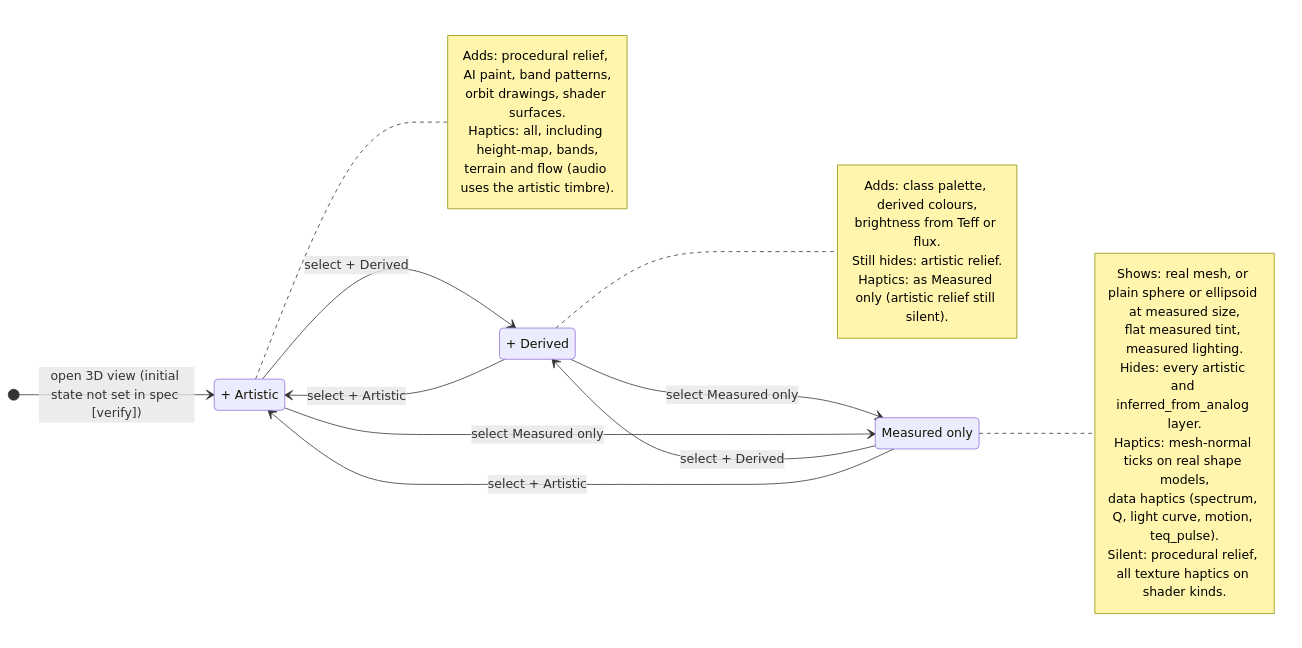
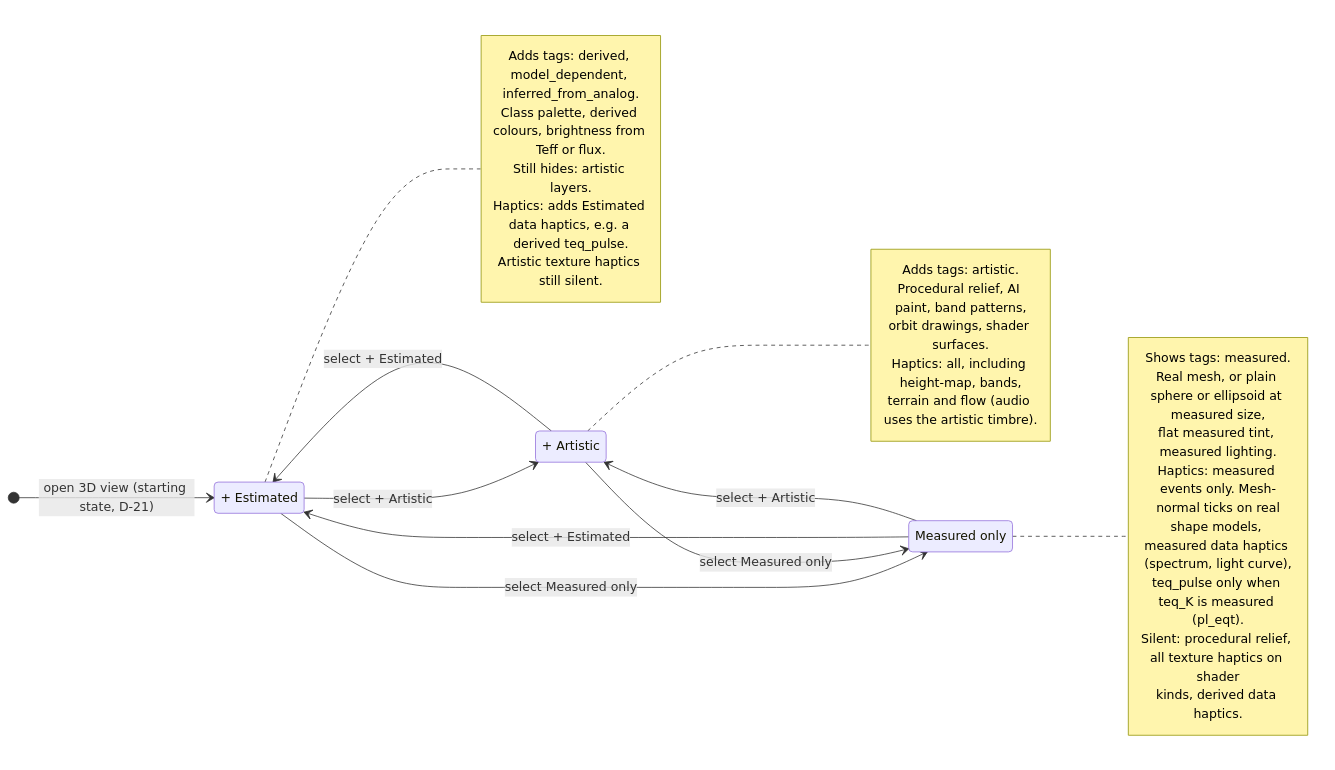
Before and after one commit to 0ffrian/SphereX: the diagram in docs/uml/14-state-honesty.md, drawn with Mermaid. The commit also changed other lines of this file and 41 other files, not shown here.

First line of the commit message:
Record decisions D-14 to D-29 and sync specs, UML and CLAUDE.md

````diff
--- a/docs/uml/14-state-honesty.md
+++ b/docs/uml/14-state-honesty.md
@@ -5,39 +5,43 @@
 ```mermaid
 stateDiagram-v2
   direction LR
-  [*] --> PlusArtistic : open 3D view (initial state not set in spec [verify])
+  [*] --> PlusEstimated : open 3D view (starting state, D-21)
 
-  MeasuredOnly --> PlusDerived : select + Derived
-  PlusDerived --> PlusArtistic : select + Artistic
-  PlusArtistic --> PlusDerived : select + Derived
-  PlusDerived --> MeasuredOnly : select Measured only
+  MeasuredOnly --> PlusEstimated : select + Estimated
+  PlusEstimated --> PlusArtistic : select + Artistic
+  PlusArtistic --> PlusEstimated : select + Estimated
+  PlusEstimated --> MeasuredOnly : select Measured only
   MeasuredOnly --> PlusArtistic : select + Artistic
   PlusArtistic --> MeasuredOnly : select Measured only
 
   state "Measured only" as MeasuredOnly
-  state "+ Derived" as PlusDerived
+  state "+ Estimated" as PlusEstimated
   state "+ Artistic" as PlusArtistic
 
   note right of MeasuredOnly
-    Shows: real mesh, or plain sphere or ellipsoid at measured size,
+    Shows tags: measured.
+    Real mesh, or plain sphere or ellipsoid at measured size,
     flat measured tint, measured lighting.
-    Hides: every artistic and inferred_from_analog layer.
-    Haptics: mesh-normal ticks on real shape models,
-    data haptics (spectrum, Q, light curve, motion, teq_pulse).
-    Silent: procedural relief, all texture haptics on shader kinds.
+    Haptics: measured events only. Mesh-normal ticks on real
+    shape models, measured data haptics (spectrum, light curve),
+    teq_pulse only when teq_K is measured (pl_eqt).
+    Silent: procedural relief, all texture haptics on shader
+    kinds, derived data haptics.
   end note
 
-  note right of PlusDerived
-    Adds: class palette, derived colours,
-    brightness from Teff or flux.
-    Still hides: artistic relief.
-    Haptics: as Measured only (artistic relief still silent).
+  note right of PlusEstimated
+    Adds tags: derived, model_dependent, inferred_from_analog.
+    Class palette, derived colours, brightness from Teff or flux.
+    Still hides: artistic layers.
+    Haptics: adds Estimated data haptics, e.g. a derived teq_pulse.
+    Artistic texture haptics still silent.
   end note
 
   note right of PlusArtistic
-    Adds: procedural relief, AI paint, band patterns,
+    Adds tags: artistic.
+    Procedural relief, AI paint, band patterns,
     orbit drawings, shader surfaces.
     Haptics: all, including height-map, bands,
     terrain and flow (audio uses the artistic timbre).
   end note
 ```
````
